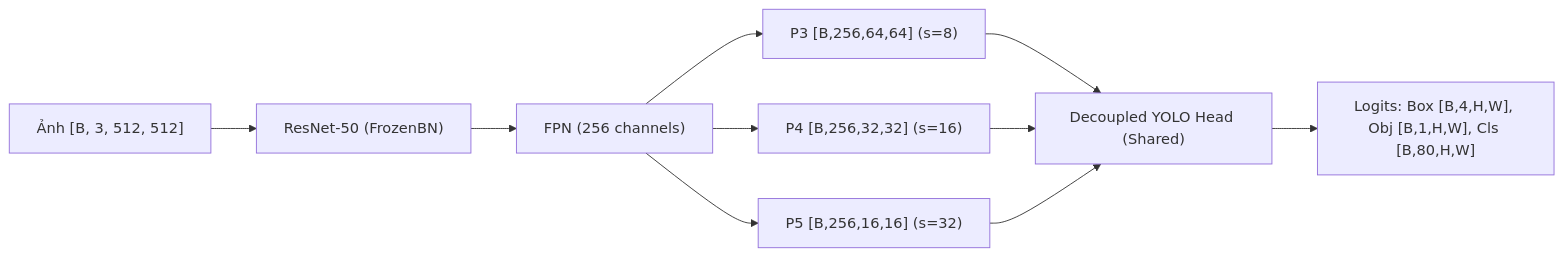
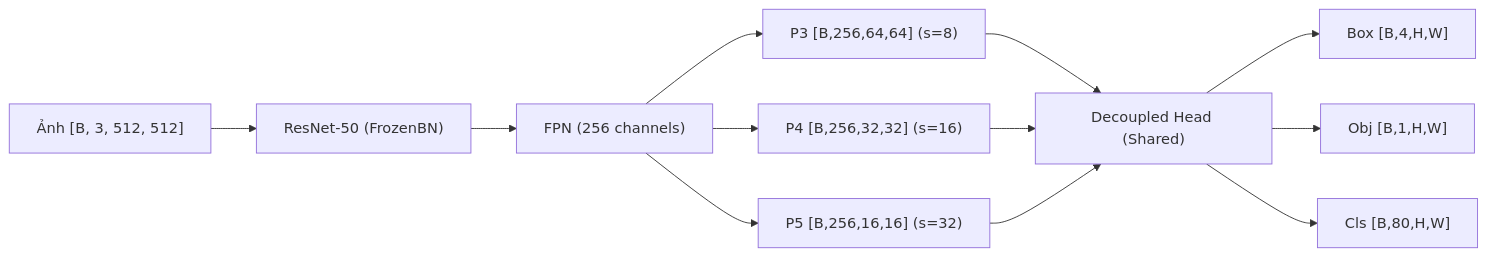
Before and after one commit to khanhlinh616/DL_N1_cw: the diagram in docs/model.md, drawn with Mermaid. The commit also changed other lines of this file and 8 other files, not shown here.

Commit message:
docs: expand all markdown files with detailed project metrics and architecture

````diff
--- a/docs/model.md
+++ b/docs/model.md
@@ -15,10 +16,12 @@
 ```mermaid
 flowchart LR
     Img["Ảnh [B, 3, 512, 512]"] --> ResNet["ResNet-50 (FrozenBN)"]
     ResNet --> FPN["FPN (256 channels)"]
     FPN --> P3["P3 [B,256,64,64] (s=8)"]
     FPN --> P4["P4 [B,256,32,32] (s=16)"]
     FPN --> P5["P5 [B,256,16,16] (s=32)"]
-    P3 & P4 & P5 --> Head["Decoupled YOLO Head (Shared)"]
-    Head --> Out["Logits: Box [B,4,H,W], Obj [B,1,H,W], Cls [B,80,H,W]"]
+    P3 & P4 & P5 --> Head["Decoupled Head (Shared)"]
+    Head --> Box["Box [B,4,H,W]"]
+    Head --> Obj["Obj [B,1,H,W]"]
+    Head --> Cls["Cls [B,80,H,W]"]
 ```
````
